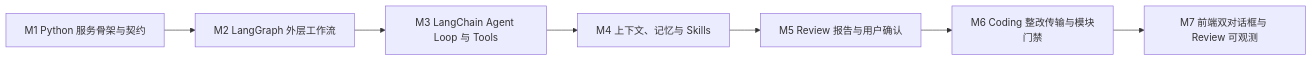
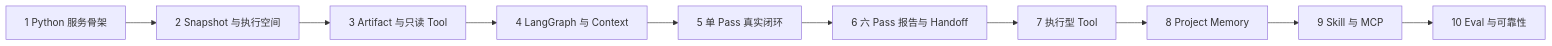
One commit to smile-gu/Code-Weave changed the diagram in docs/roadmap.md. Above: the diagram before and after it, drawn with Mermaid. The commit also changed other lines of this file and 14 other files, not shown here.

````diff
--- a/docs/roadmap.md
+++ b/docs/roadmap.md
@@ -20,9 +21,12 @@
 ```mermaid
 flowchart LR
-    A[M1 Python 服务骨架与契约] --> B[M2 LangGraph 外层工作流]
-    B --> C[M3 LangChain Agent Loop 与 Tools]
-    C --> D[M4 上下文、记忆与 Skills]
-    D --> E[M5 Review 报告与用户确认]
-    E --> F[M6 Coding 整改传输与模块门禁]
-    F --> G[M7 前端双对话框与 Review 可观测]
+    A[1 Python 服务骨架] --> B[2 Snapshot 与执行空间]
+    B --> C[3 Artifact 与只读 Tool]
+    C --> D[4 LangGraph 与 Context]
+    D --> E[5 单 Pass 真实闭环]
+    E --> F[6 六 Pass 报告与 Handoff]
+    F --> G[7 执行型 Tool]
+    G --> H[8 Project Memory]
+    H --> I[9 Skill 与 MCP]
+    I --> J[10 Eval 与可靠性]
 ```
````
